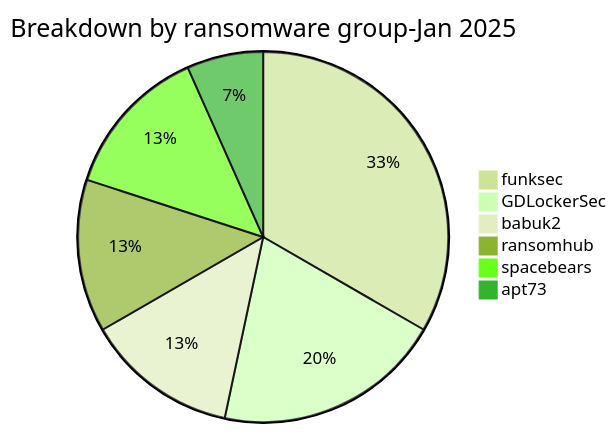
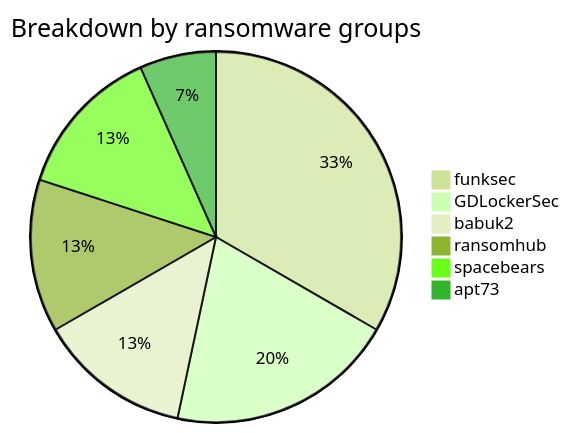
One commit to Hatchepsoute/AFRINTEL changed the first of 5 diagrams in reports/2025/01-january/README.md. Above: the diagram before and after it, drawn with Mermaid (forest theme). The commit also changed 3 other files, not shown here.

````diff
--- a/reports/2025/01-january/README.md
+++ b/reports/2025/01-january/README.md
@@ -30,9 +30,9 @@
 ```mermaid
-pie title Breakdown by ransomware group-Jan 2025
+pie title Breakdown by ransomware groups
     "funksec" : 5
     "GDLockerSec" : 3
     "babuk2" : 2
     "ransomhub" : 2
     "spacebears" : 2
     "apt73" : 1
 ```
````
